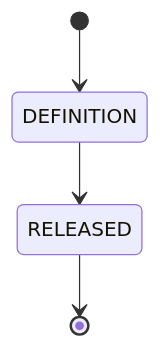
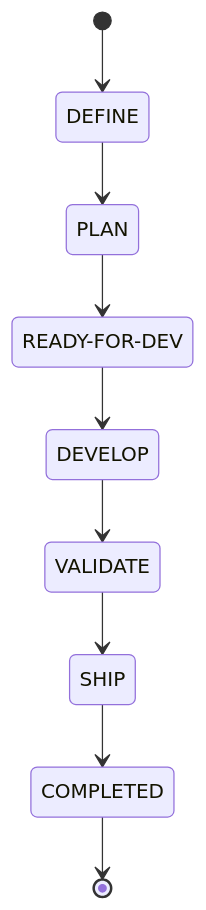
The third of 3 diagrams in docs/knowledge/guides/state-machine.md (dariopalminio/agile-sddf), drawn with Mermaid before and after one commit. The commit also changed other lines of this file and 28 other files, not shown here.

Commit message:
feat: plan-01 and plan-02 - delivery status and epic workflow definition

````diff
--- a/docs/knowledge/guides/state-machine.md
+++ b/docs/knowledge/guides/state-machine.md
@@ -112,6 +130,13 @@
 ```mermaid
 stateDiagram-v2
-    [*] --> DEFINITION
-    DEFINITION --> RELEASED
-    RELEASED --> [*]
+    [*] --> DEFINE
+    DEFINE --> PLAN
+    PLAN --> RFD
+    RFD --> DEVELOP
+    DEVELOP --> VALIDATE
+    VALIDATE --> SHIP
+    SHIP --> COMPLETED
+    COMPLETED --> [*]
+
+    state "READY-FOR-DEV" as RFD
 ```
````
